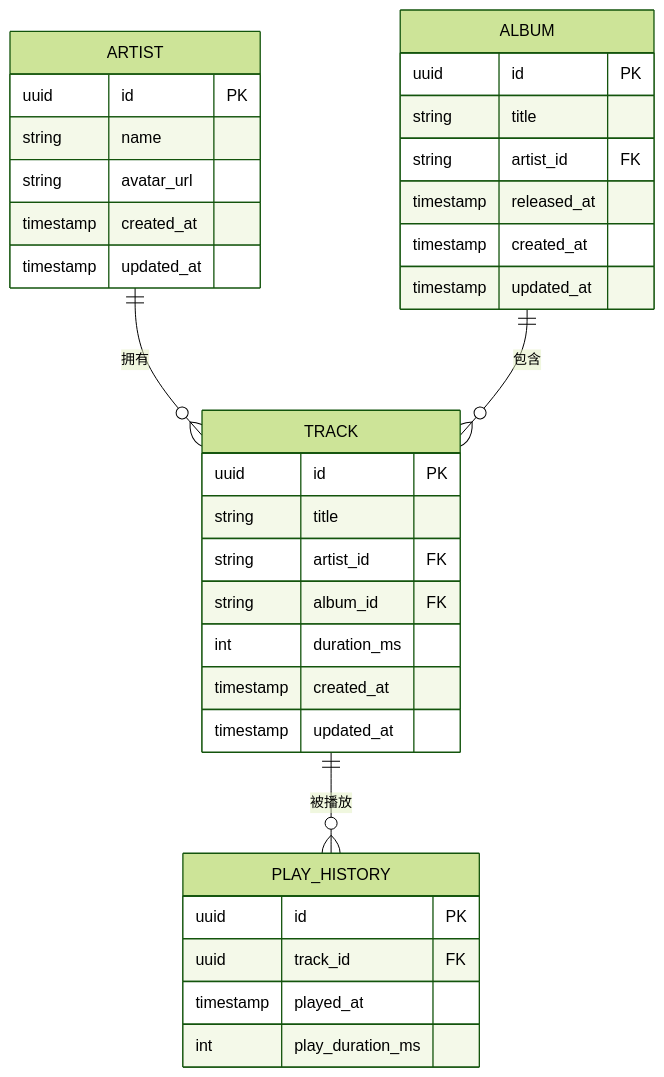
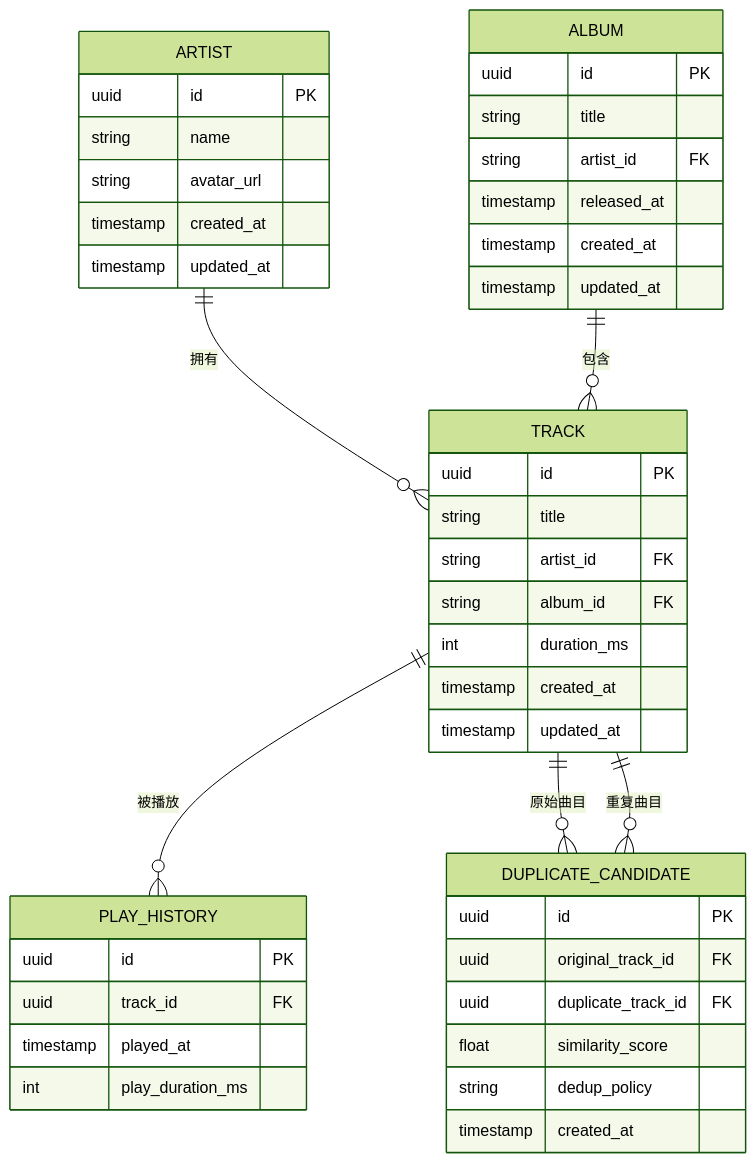
Before and after one commit to ysyhlly/Yukine-android: the third of 13 diagrams in .qoder/repowiki/zh/content/数据层/数据层.md, drawn with Mermaid (forest theme). The commit also changed other lines of this file and 158 other files, not shown here.

````diff
--- a/.qoder/repowiki/zh/content/数据层/数据层.md
+++ b/.qoder/repowiki/zh/content/数据层/数据层.md
@@ -123,36 +154,46 @@
 ```mermaid
 erDiagram
 TRACK {
 uuid id PK
 string title
 string artist_id FK
 string album_id FK
 int duration_ms
 timestamp created_at
 timestamp updated_at
 }
 ARTIST {
 uuid id PK
 string name
 string avatar_url
 timestamp created_at
 timestamp updated_at
 }
 ALBUM {
 uuid id PK
 string title
 string artist_id FK
 timestamp released_at
 timestamp created_at
 timestamp updated_at
 }
 PLAY_HISTORY {
 uuid id PK
 uuid track_id FK
 timestamp played_at
 int play_duration_ms
 }
+DUPLICATE_CANDIDATE {
+uuid id PK
+uuid original_track_id FK
+uuid duplicate_track_id FK
+float similarity_score
+string dedup_policy
+timestamp created_at
+}
 ARTIST ||--o{ TRACK : "拥有"
 ALBUM ||--o{ TRACK : "包含"
 TRACK ||--o{ PLAY_HISTORY : "被播放"
+TRACK ||--o{ DUPLICATE_CANDIDATE : "原始曲目"
+TRACK ||--o{ DUPLICATE_CANDIDATE : "重复曲目"
 ```
````
